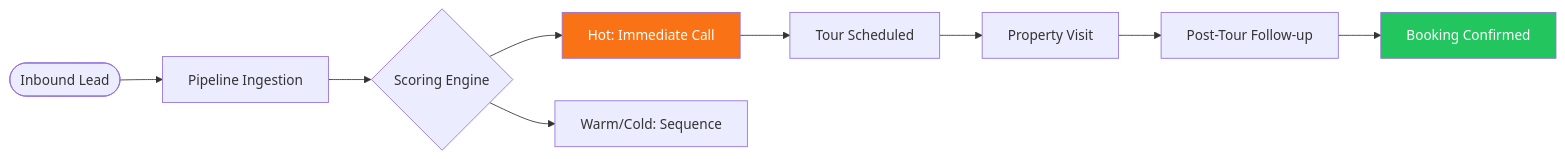
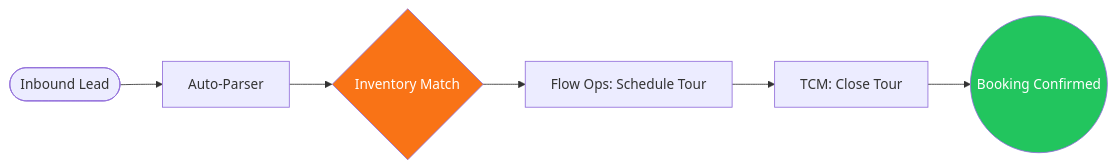
Before and after one commit to Souharda6996/ops1g: the diagram in README.md, drawn with Mermaid. The commit also changed other lines of this file and 16 other files, not shown here.

````diff
--- a/README.md
+++ b/README.md
@@ -10,14 +11,11 @@
 ```mermaid
 graph LR
-    Lead([Inbound Lead]) --> Ingest[Pipeline Ingestion]
-    Ingest --> Score{Scoring Engine}
-    Score --> High[Hot: Immediate Call]
-    Score --> Low[Warm/Cold: Sequence]
-    High --> Tour[Tour Scheduled]
-    Tour --> Visit[Property Visit]
-    Visit --> Post[Post-Tour Follow-up]
-    Post --> Close[Booking Confirmed]
+    Lead([Inbound Lead]) --> Parse[Auto-Parser]
+    Parse --> Match{Inventory Match}
+    Match --> Flow[Flow Ops: Schedule Tour]
+    Flow --> TCM[TCM: Close Tour]
+    TCM --> Booked((Booking Confirmed))
     
-    style Close fill:#22c55e,color:#fff
-    style High fill:#f97316,color:#fff
+    style Booked fill:#22c55e,color:#fff
+    style Match fill:#f97316,color:#fff
 ```
````
